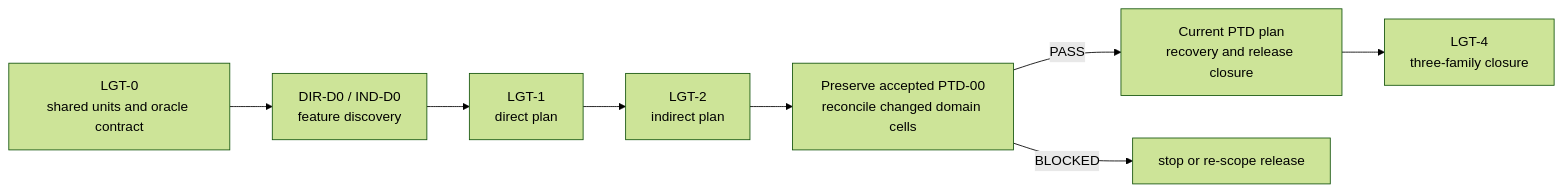
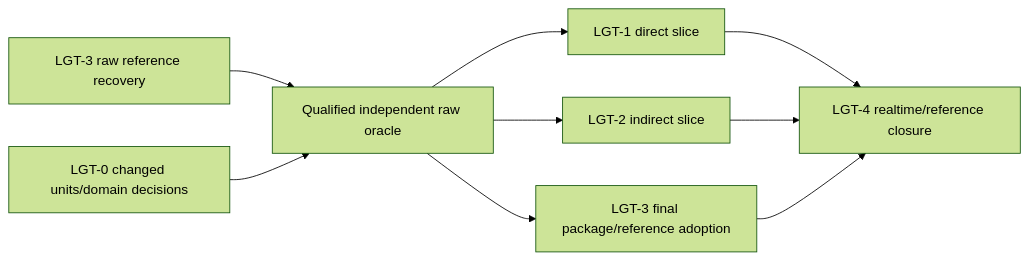
The diagram in Docs/Architecture/Modules/Engine/Renderer/FirstRelease/LightingImplementationPlan.md (LisowskiPawel/SparkleEngine), drawn with Mermaid (forest theme) before and after one commit. The commit also changed other lines of this file and 132 other files, not shown here.

````diff
--- a/Docs/Architecture/Modules/Engine/Renderer/FirstRelease/LightingImplementationPlan.md
+++ b/Docs/Architecture/Modules/Engine/Renderer/FirstRelease/LightingImplementationPlan.md
@@ -23,10 +17,11 @@
 ```mermaid
 flowchart LR
-    L0[LGT-0<br/>shared units and oracle contract] --> D0[DIR-D0 / IND-D0<br/>feature discovery]
-    D0 --> L1[LGT-1<br/>direct plan]
-    L1 --> L2[LGT-2<br/>indirect plan]
-    L2 --> D[Preserve accepted PTD-00<br/>reconcile changed domain cells]
-    D -->|PASS| P[Current PTD plan<br/>recovery and release closure]
-    D -->|BLOCKED| S[stop or re-scope release]
-    P --> L4[LGT-4<br/>three-family closure]
+    Recover[LGT-3 raw reference recovery] --> Oracle[Qualified independent raw oracle]
+    Shared[LGT-0 changed units/domain decisions] --> Oracle
+    Oracle --> Direct[LGT-1 direct slice]
+    Oracle --> Indirect[LGT-2 indirect slice]
+    Direct --> Join[LGT-4 realtime/reference closure]
+    Indirect --> Join
+    Oracle --> Adopt[LGT-3 final package/reference adoption]
+    Adopt --> Join
 ```
````
